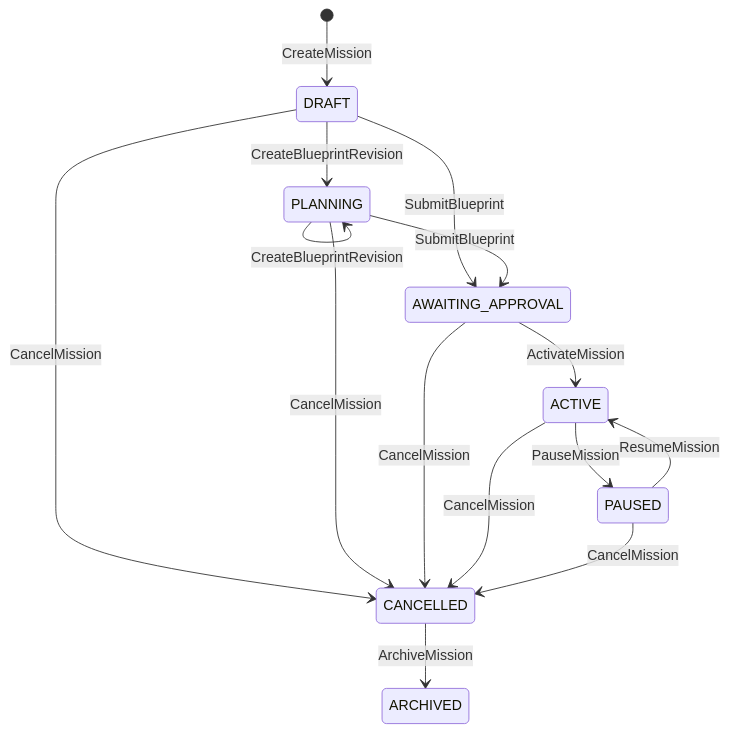
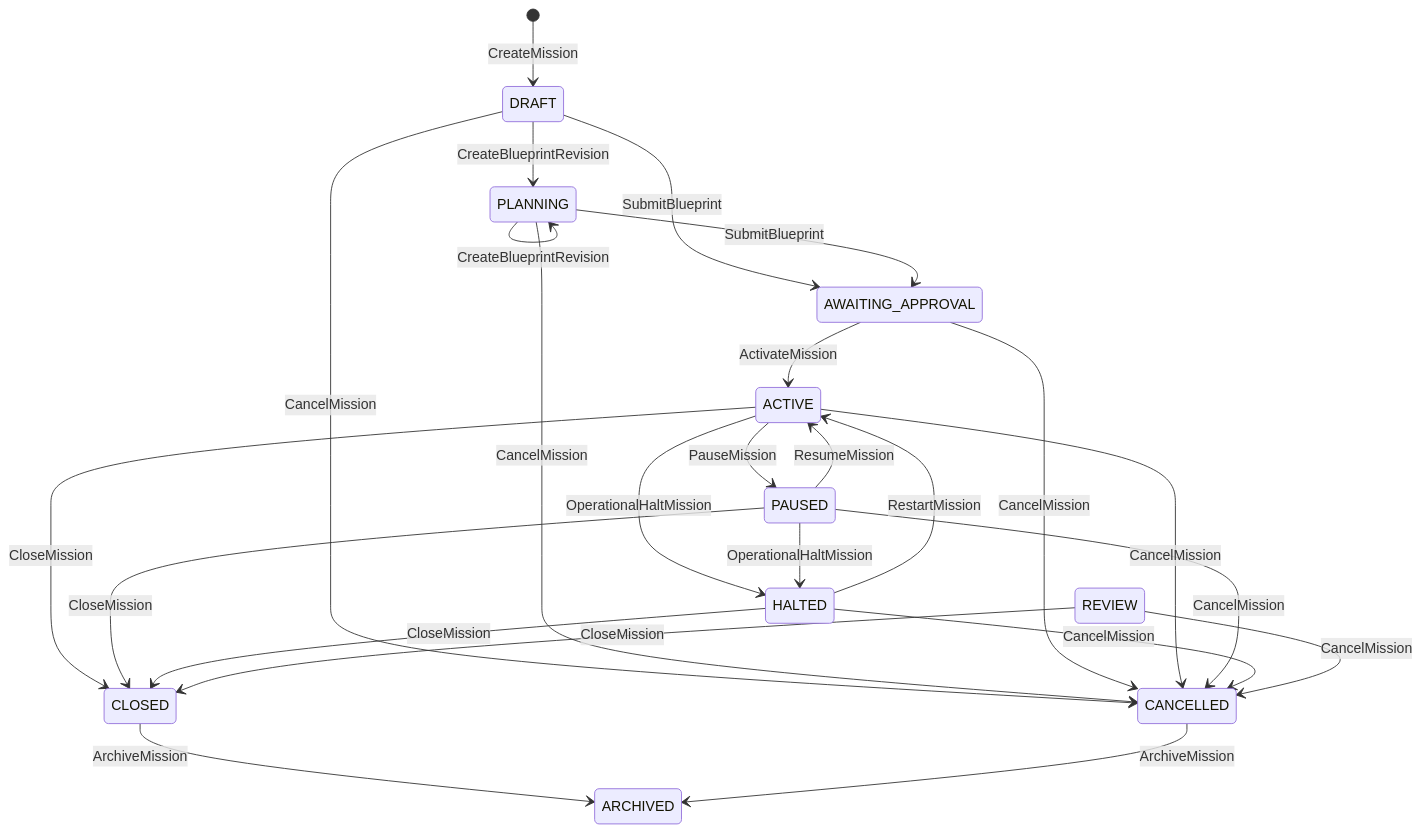
The diagram in docs/mission-context.md (lamatech-dev/onyx-ifem), drawn with Mermaid before and after one commit. The commit also changed other lines of this file and 14 other files, not shown here.

````diff
--- a/docs/mission-context.md
+++ b/docs/mission-context.md
@@ -7,17 +7,27 @@
 ```mermaid
 stateDiagram-v2
   [*] --> DRAFT: CreateMission
   DRAFT --> PLANNING: CreateBlueprintRevision
   PLANNING --> PLANNING: CreateBlueprintRevision
   DRAFT --> AWAITING_APPROVAL: SubmitBlueprint
   PLANNING --> AWAITING_APPROVAL: SubmitBlueprint
   AWAITING_APPROVAL --> ACTIVE: ActivateMission
   ACTIVE --> PAUSED: PauseMission
   PAUSED --> ACTIVE: ResumeMission
+  ACTIVE --> HALTED: OperationalHaltMission
+  PAUSED --> HALTED: OperationalHaltMission
+  HALTED --> ACTIVE: RestartMission
+  ACTIVE --> CLOSED: CloseMission
+  PAUSED --> CLOSED: CloseMission
+  HALTED --> CLOSED: CloseMission
+  REVIEW --> CLOSED: CloseMission
   DRAFT --> CANCELLED: CancelMission
   PLANNING --> CANCELLED: CancelMission
   AWAITING_APPROVAL --> CANCELLED: CancelMission
   ACTIVE --> CANCELLED: CancelMission
   PAUSED --> CANCELLED: CancelMission
+  HALTED --> CANCELLED: CancelMission
+  REVIEW --> CANCELLED: CancelMission
+  CLOSED --> ARCHIVED: ArchiveMission
   CANCELLED --> ARCHIVED: ArchiveMission
 ```
````
